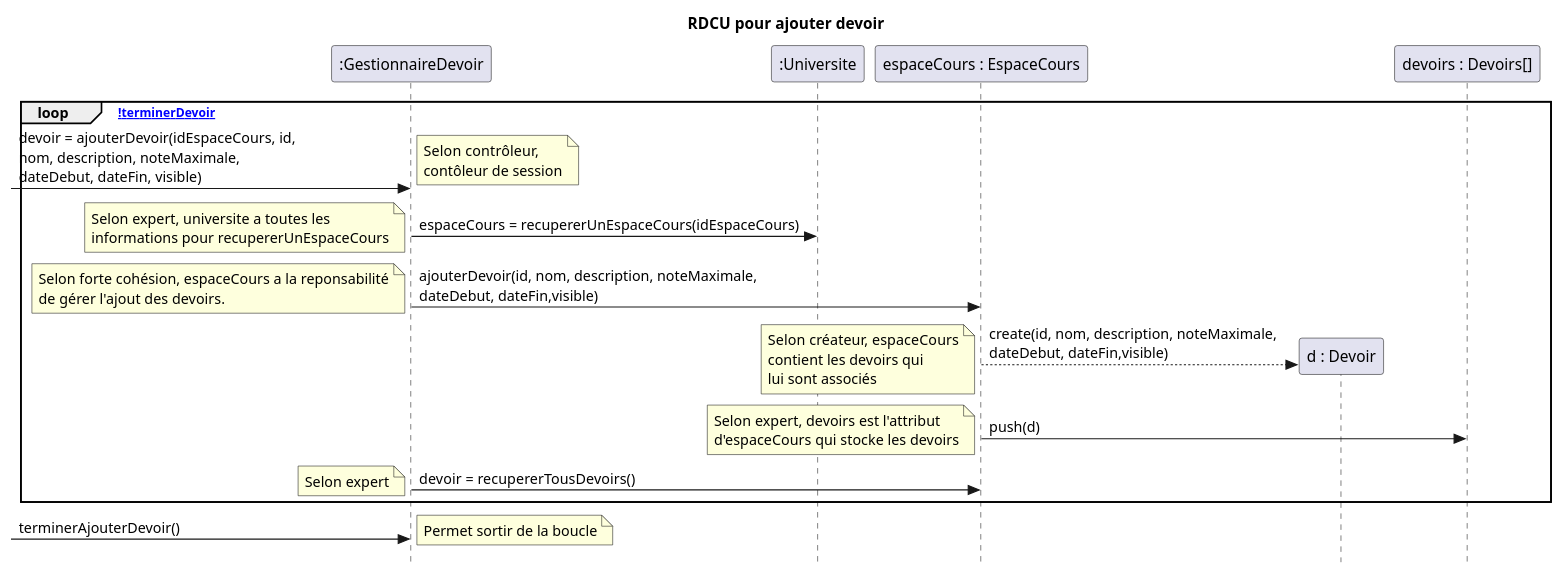
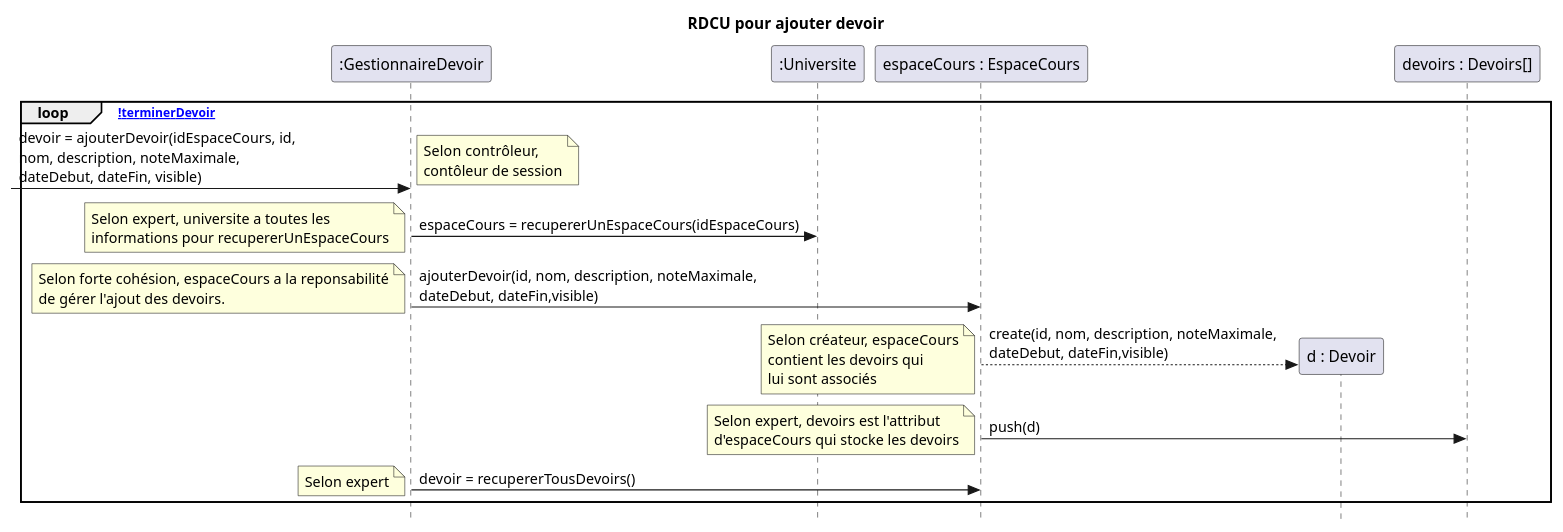
One commit to nerdz88/SGA-TS changed the second of 2 diagrams in docs/Ajouter devoir/RDCU_Ajouter_Devoir.puml. Above: the diagram before and after it, drawn with PlantUML. The commit also changed 2 other files, not shown here.

Commit message:
retirer_Operation_sortir_boucle_doc

```diff
--- a/docs/Ajouter devoir/RDCU_Ajouter_Devoir.puml
+++ b/docs/Ajouter devoir/RDCU_Ajouter_Devoir.puml
@@ -17,28 +17,25 @@
 @startuml ajouterDevoir
 skinparam style strictuml
 skinparam defaultfontname Verdana
 title RDCU pour ajouter devoir
 participant ":GestionnaireDevoir" as gestionnaireDevoir
 participant ":Universite" as universite
 participant "espaceCours : EspaceCours" as cours
 participant "d : Devoir" as devoir
 participant "devoirs : Devoirs[]" as devoirs
 
 loop [!terminerDevoir]
   ->gestionnaireDevoir : devoir = ajouterDevoir(idEspaceCours, id, \nnom, description, noteMaximale,\ndateDebut, dateFin, visible)
   note left : Selon contrôleur,\ncontôleur de session
   gestionnaireDevoir -> universite : espaceCours = recupererUnEspaceCours(idEspaceCours)
   note left : Selon expert, universite a toutes les\ninformations pour recupererUnEspaceCours
   gestionnaireDevoir -> cours : ajouterDevoir(id, nom, description, noteMaximale, \ndateDebut, dateFin,visible)
   note left : Selon forte cohésion, espaceCours a la reponsabilité\nde gérer l'ajout des devoirs.
   cours-->devoir** : create(id, nom, description, noteMaximale, \ndateDebut, dateFin,visible)
   note left : Selon créateur, espaceCours\ncontient les devoirs qui\nlui sont associés
   cours->devoirs : push(d)
   note left : Selon expert, devoirs est l'attribut\nd'espaceCours qui stocke les devoirs
   gestionnaireDevoir -> cours : devoir = recupererTousDevoirs()
   note left : Selon expert
 end
--> gestionnaireDevoir : terminerAjouterDevoir()
-note left : Permet sortir de la boucle
-
 @enduml
```
